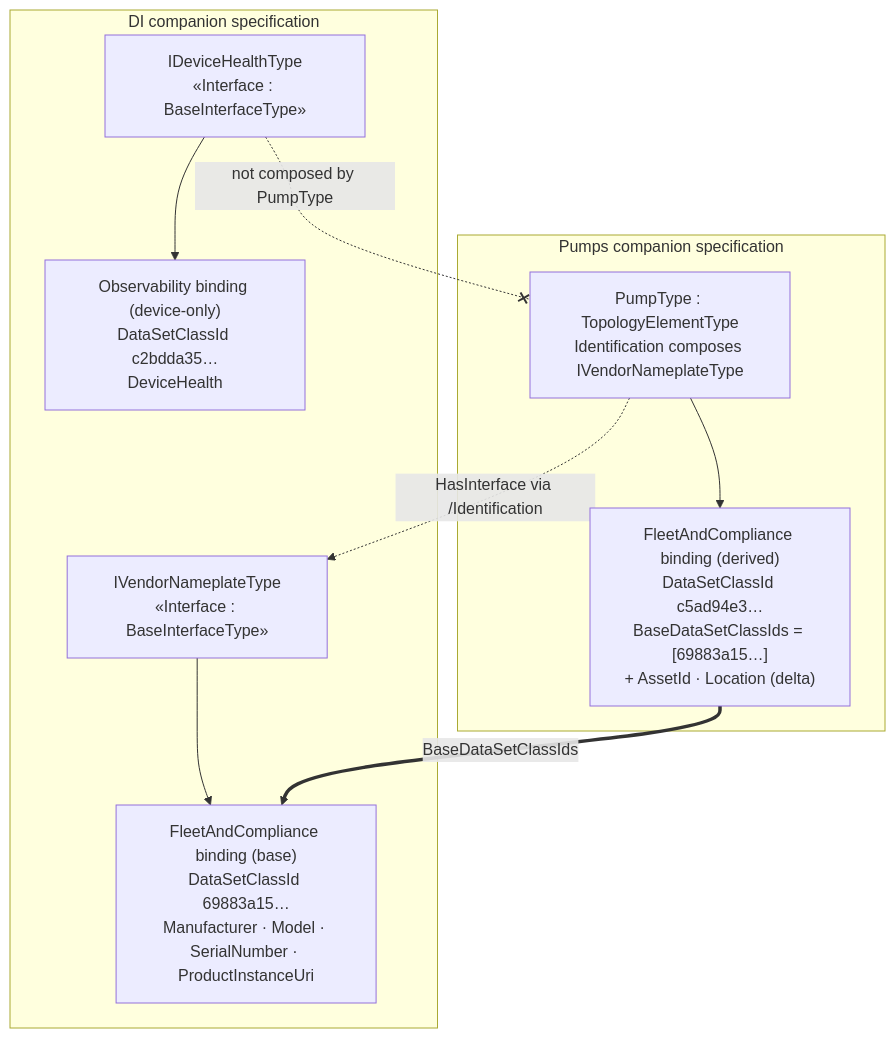
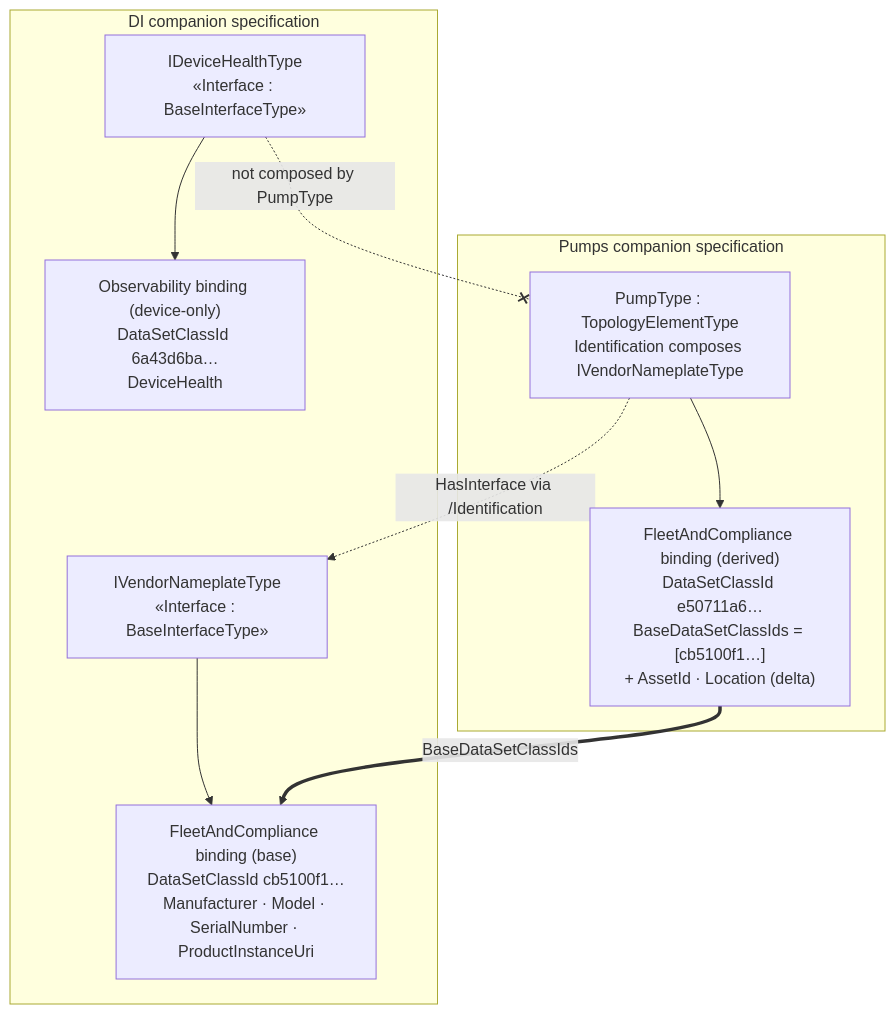
One commit to marcschier/opcua-drafts changed the diagram in core-specs/scenario-binding/di/OPC-UA-DI-Pumps-Inheritance.md. Above: the diagram before and after it, drawn with Mermaid. The commit also changed other lines of this file and 25 other files, not shown here.

````diff
--- a/core-specs/scenario-binding/di/OPC-UA-DI-Pumps-Inheritance.md
+++ b/core-specs/scenario-binding/di/OPC-UA-DI-Pumps-Inheritance.md
@@ -21,19 +22,19 @@
 ```mermaid
 flowchart TD
   subgraph DI[DI companion specification]
     IVN["IVendorNameplateType<br/>«Interface : BaseInterfaceType»"]
-    BB["FleetAndCompliance binding (base)<br/>DataSetClassId 69883a15…<br/>Manufacturer · Model · SerialNumber · ProductInstanceUri"]
+    BB["FleetAndCompliance binding (base)<br/>DataSetClassId cb5100f1…<br/>Manufacturer · Model · SerialNumber · ProductInstanceUri"]
     IDH["IDeviceHealthType<br/>«Interface : BaseInterfaceType»"]
-    HB["Observability binding (device-only)<br/>DataSetClassId c2bdda35…<br/>DeviceHealth"]
+    HB["Observability binding (device-only)<br/>DataSetClassId 6a43d6ba…<br/>DeviceHealth"]
     IVN --> BB
     IDH --> HB
   end
   subgraph P[Pumps companion specification]
     PT["PumpType : TopologyElementType<br/>Identification composes IVendorNameplateType"]
-    DB["FleetAndCompliance binding (derived)<br/>DataSetClassId c5ad94e3…<br/>BaseDataSetClassIds = [69883a15…]<br/>+ AssetId · Location (delta)"]
+    DB["FleetAndCompliance binding (derived)<br/>DataSetClassId e50711a6…<br/>BaseDataSetClassIds = [cb5100f1…]<br/>+ AssetId · Location (delta)"]
     PT --> DB
   end
   PT -. HasInterface via /Identification .-> IVN
   DB == BaseDataSetClassIds ==> BB
   IDH -. "not composed by PumpType" .-x PT
 ```
````
